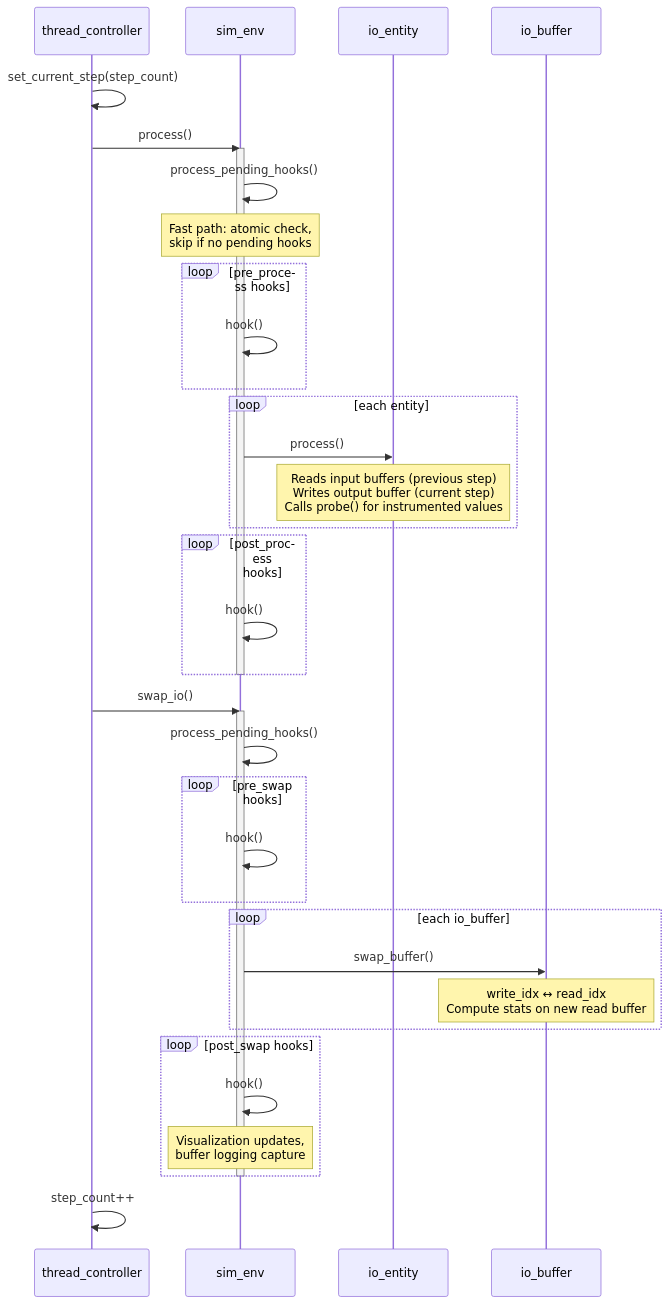
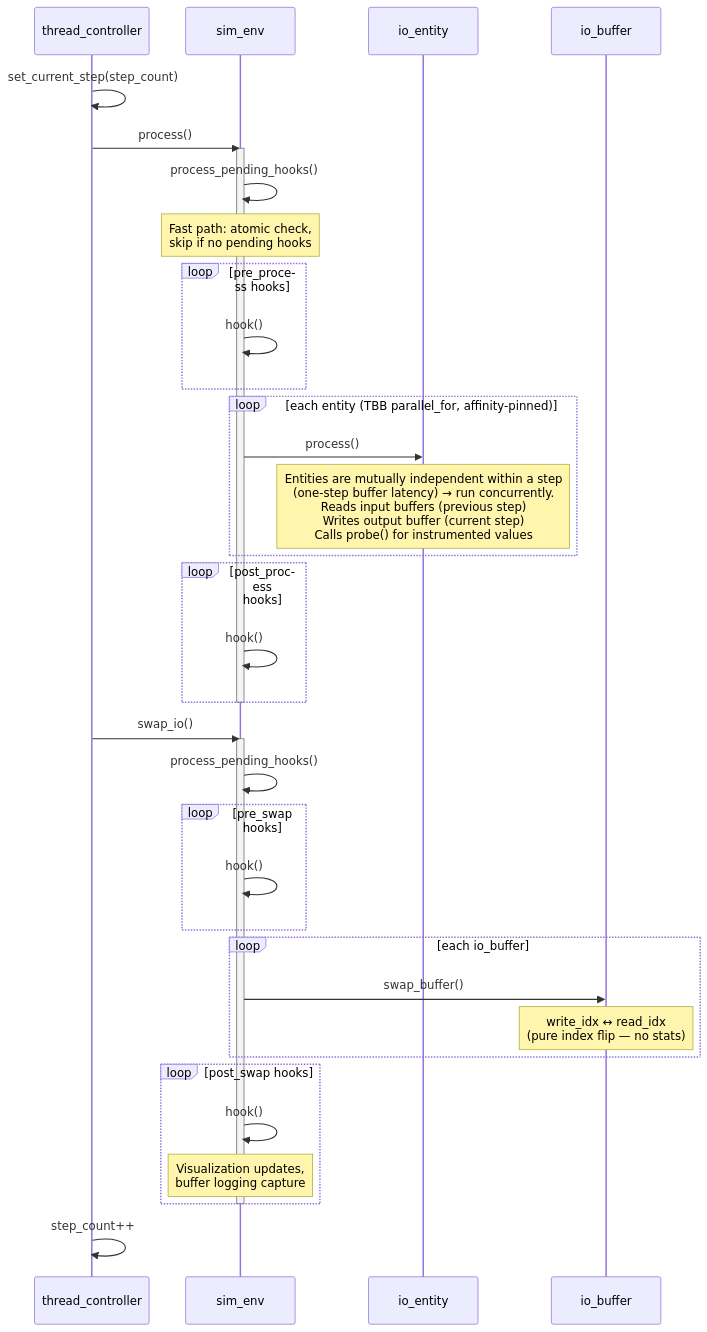
One commit to policecar/coast changed the diagram in docs/content/data-flow/simulation-loop.md. Above: the diagram before and after it, drawn with Mermaid. The commit also changed other lines of this file and 929 other files, not shown here.

````diff
--- a/docs/content/data-flow/simulation-loop.md
+++ b/docs/content/data-flow/simulation-loop.md
@@ -14,49 +14,49 @@
 ```mermaid
 sequenceDiagram
     participant TC as thread_controller
     participant Env as sim_env
     participant Entity as io_entity
     participant Buffer as io_buffer
 
     TC->>TC: set_current_step(step_count)
     TC->>Env: process()
 
     activate Env
     Env->>Env: process_pending_hooks()
     Note over Env: Fast path: atomic check,<br/>skip if no pending hooks
 
     loop pre_process hooks
         Env->>Env: hook()
     end
 
-    loop each entity
+    loop each entity (TBB parallel_for, affinity-pinned)
         Env->>Entity: process()
-        Note over Entity: Reads input buffers (previous step)<br/>Writes output buffer (current step)<br/>Calls probe() for instrumented values
+        Note over Entity: Entities are mutually independent within a step<br/>(one-step buffer latency) → run concurrently.<br/>Reads input buffers (previous step)<br/>Writes output buffer (current step)<br/>Calls probe() for instrumented values
     end
 
     loop post_process hooks
         Env->>Env: hook()
     end
     deactivate Env
 
     TC->>Env: swap_io()
     activate Env
     Env->>Env: process_pending_hooks()
 
     loop pre_swap hooks
         Env->>Env: hook()
     end
 
     loop each io_buffer
         Env->>Buffer: swap_buffer()
-        Note over Buffer: write_idx ↔ read_idx<br/>Compute stats on new read buffer
+        Note over Buffer: write_idx ↔ read_idx<br/>(pure index flip — no stats)
     end
 
     loop post_swap hooks
         Env->>Env: hook()
         Note over Env: Visualization updates,<br/>buffer logging capture
     end
     deactivate Env
 
     TC->>TC: step_count++
 ```
````
